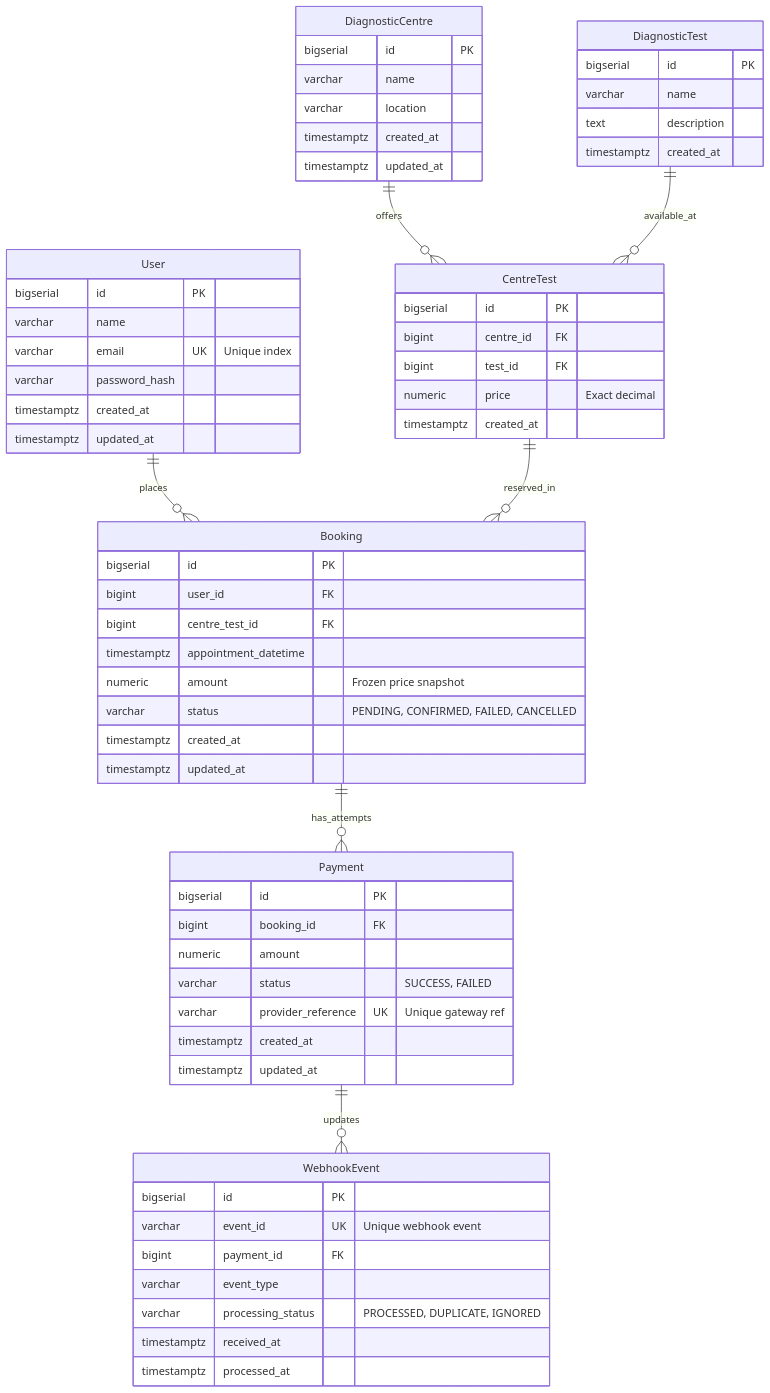
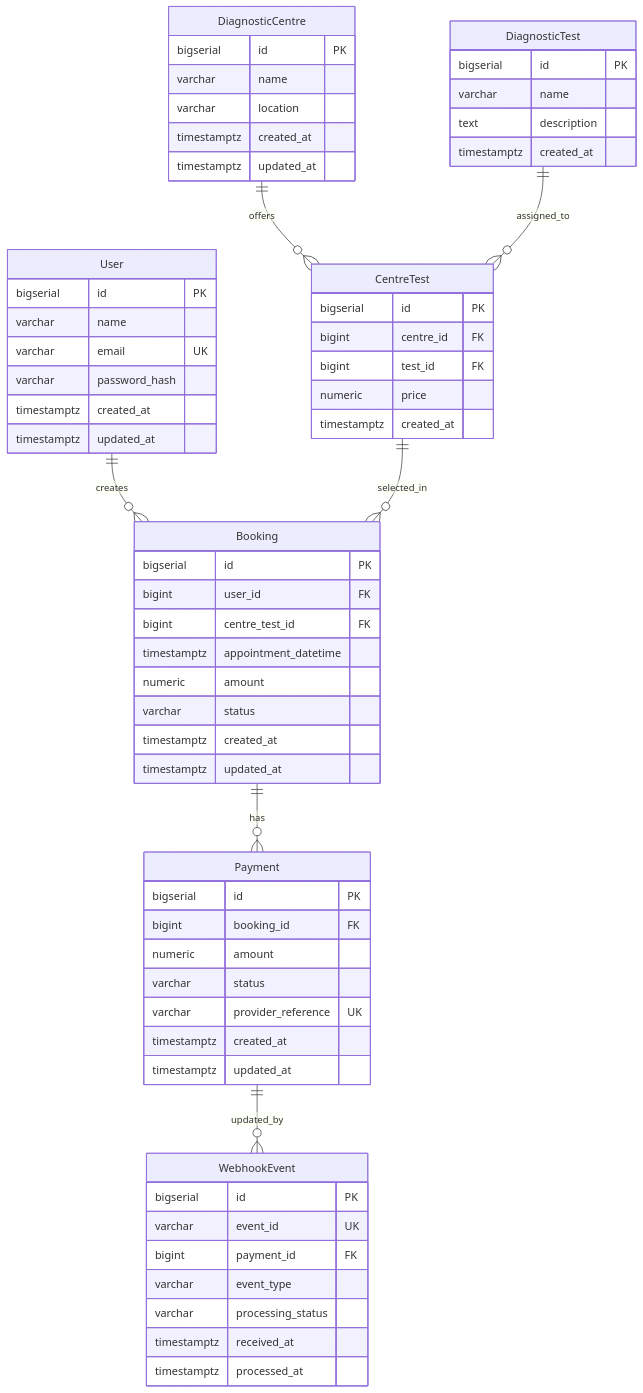
The diagram in README.md (pr1yansh-01/eve-healthcare-backend), drawn with Mermaid before and after one commit. The commit also changed other lines of this file, not shown here.

````diff
--- a/README.md
+++ b/README.md
@@ -80,66 +73,66 @@
 ```mermaid
 erDiagram
-    User ||--o{ Booking : "places"
+    User ||--o{ Booking : "creates"
     DiagnosticCentre ||--o{ CentreTest : "offers"
-    DiagnosticTest ||--o{ CentreTest : "available_at"
-    CentreTest ||--o{ Booking : "reserved_in"
-    Booking ||--o{ Payment : "has_attempts"
-    Payment ||--o{ WebhookEvent : "updates"
+    DiagnosticTest ||--o{ CentreTest : "assigned_to"
+    CentreTest ||--o{ Booking : "selected_in"
+    Booking ||--o{ Payment : "has"
+    Payment ||--o{ WebhookEvent : "updated_by"
 
     User {
         bigserial id PK
         varchar name
-        varchar email UK "Unique index"
+        varchar email UK
         varchar password_hash
         timestamptz created_at
         timestamptz updated_at
     }
     DiagnosticCentre {
         bigserial id PK
         varchar name
         varchar location
         timestamptz created_at
         timestamptz updated_at
     }
     DiagnosticTest {
         bigserial id PK
         varchar name
         text description
         timestamptz created_at
     }
     CentreTest {
         bigserial id PK
         bigint centre_id FK
         bigint test_id FK
-        numeric price "Exact decimal"
+        numeric price
         timestamptz created_at
     }
     Booking {
         bigserial id PK
         bigint user_id FK
         bigint centre_test_id FK
         timestamptz appointment_datetime
-        numeric amount "Frozen price snapshot"
-        varchar status "PENDING, CONFIRMED, FAILED, CANCELLED"
+        numeric amount
+        varchar status
         timestamptz created_at
         timestamptz updated_at
     }
     Payment {
         bigserial id PK
         bigint booking_id FK
         numeric amount
-        varchar status "SUCCESS, FAILED"
-        varchar provider_reference UK "Unique gateway ref"
+        varchar status
+        varchar provider_reference UK
         timestamptz created_at
         timestamptz updated_at
     }
     WebhookEvent {
         bigserial id PK
-        varchar event_id UK "Unique webhook event"
+        varchar event_id UK
         bigint payment_id FK
         varchar event_type
-        varchar processing_status "PROCESSED, DUPLICATE, IGNORED"
+        varchar processing_status
         timestamptz received_at
         timestamptz processed_at
     }
 ```
````
